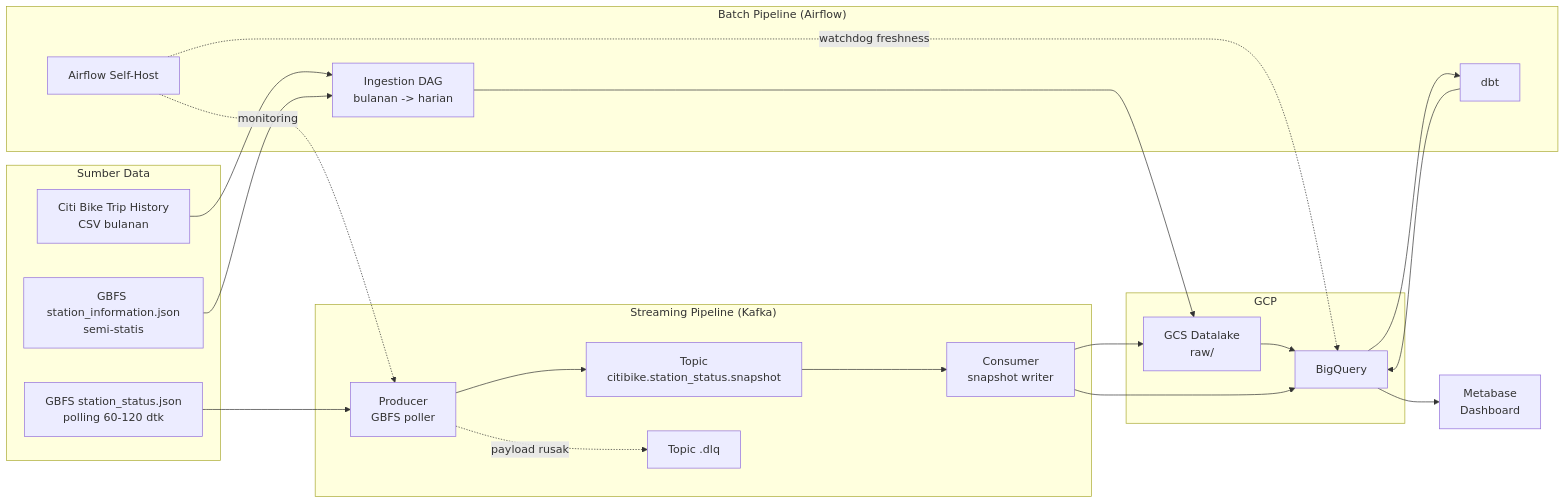
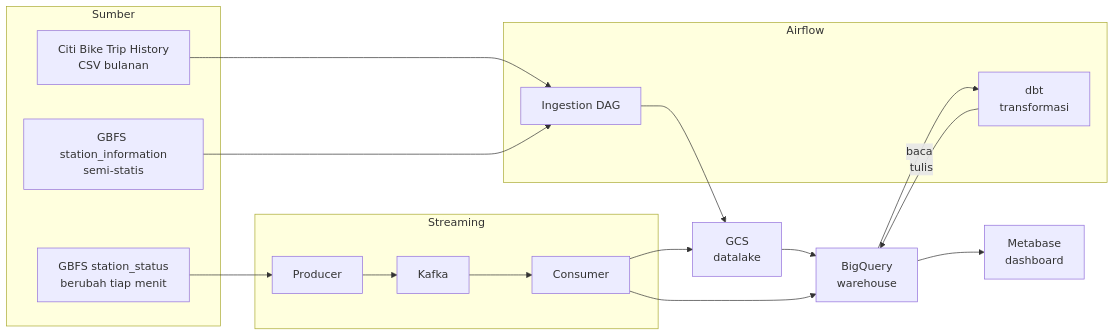
The first of 6 diagrams in docs/architecture.md (shuhaib-ak00/citibike-batch-streaming-pipeline), drawn with Mermaid before and after one commit. The commit also changed other lines of this file and 18 other files, not shown here.

````diff
--- a/docs/architecture.md
+++ b/docs/architecture.md
@@ -10,44 +19,34 @@
 ```mermaid
 flowchart LR
-    subgraph SRC["Sumber Data"]
+    subgraph SRC["Sumber"]
         CSV["Citi Bike Trip History<br/>CSV bulanan"]
-        GBFS["GBFS station_status.json<br/>polling 60-120 dtk"]
-        GBFSI["GBFS station_information.json<br/>semi-statis"]
+        API["GBFS station_status<br/>berubah tiap menit"]
+        INFO["GBFS station_information<br/>semi-statis"]
     end
 
-    subgraph BATCH["Batch Pipeline (Airflow)"]
-        VENV["Airflow Self-Host"]
-        ING["Ingestion DAG<br/>bulanan -> harian"]
-        DBT["dbt"]
+    subgraph AIR["Airflow"]
+        ING["Ingestion DAG"]
+        DBT["dbt<br/>transformasi"]
     end
 
-    subgraph STREAM["Streaming Pipeline (Kafka)"]
-        PROD["Producer<br/>GBFS poller"]
-        TOPIC["Topic<br/>citibike.station_status.snapshot"]
-        DLQ["Topic .dlq"]
-        CONS["Consumer<br/>snapshot writer"]
+    subgraph STR["Streaming"]
+        P["Producer"]
+        K["Kafka"]
+        C["Consumer"]
     end
 
-    subgraph GCP["GCP"]
-        GCS["GCS Datalake<br/>raw/"]
-        BQ["BigQuery"]
-    end
-
-    MB["Metabase<br/>Dashboard"]
+    GCS["GCS<br/>datalake"]
+    BQ["BigQuery<br/>warehouse"]
+    MB["Metabase<br/>dashboard"]
 
     CSV --> ING
-    GBFSI --> ING
-    ING --> GCS
-    GCS --> BQ
-    BQ --> DBT
-    DBT --> BQ
+    INFO --> ING
+    ING --> GCS --> BQ
 
-    GBFS --> PROD --> TOPIC --> CONS
-    PROD -. payload rusak .-> DLQ
-    CONS --> GCS
-    CONS --> BQ
+    API --> P --> K --> C --> BQ
+    C --> GCS
 
+    BQ -->|"baca"| DBT
+    DBT -->|"tulis"| BQ
     BQ --> MB
-    VENV -. monitoring .-> PROD
-    VENV -. watchdog freshness .-> BQ
 ```
````
